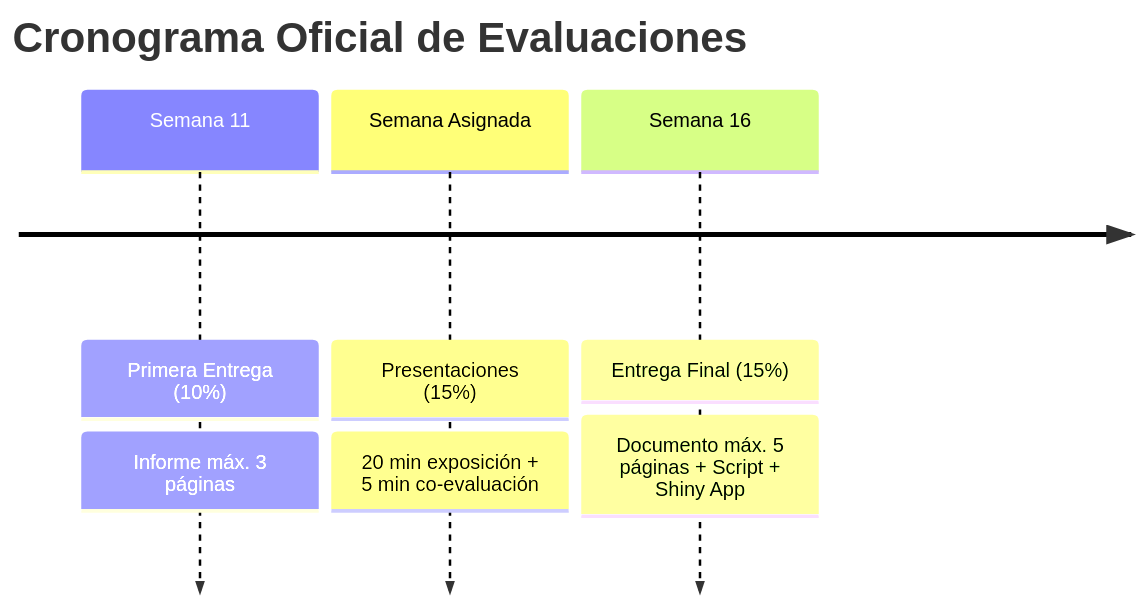
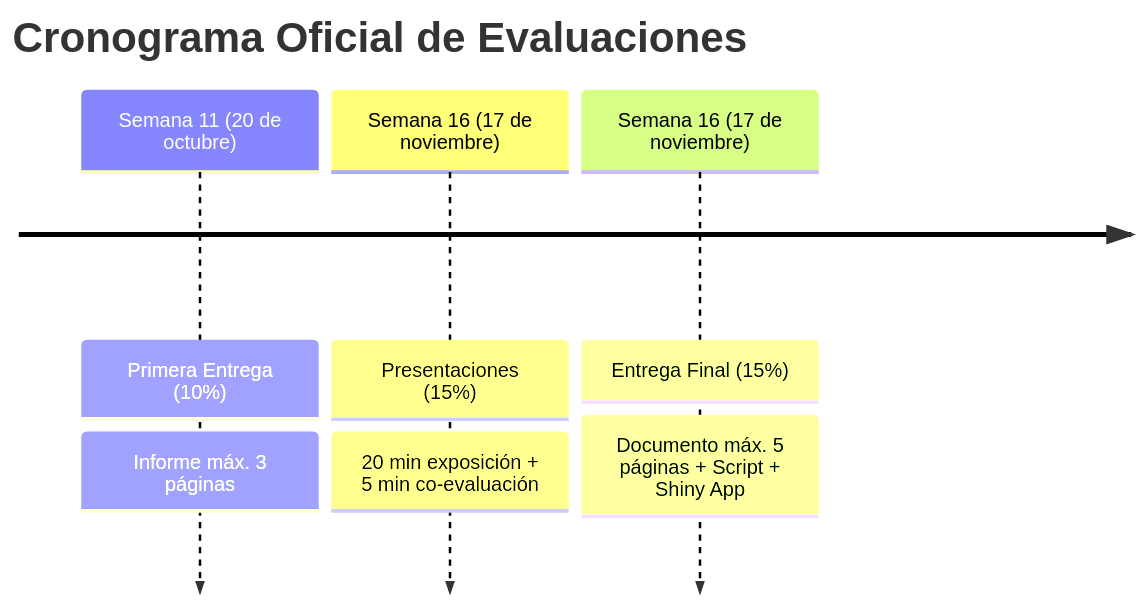
Before and after one commit to juanjo-edm/Repo_Entrega_Final_Taller_R: the diagram in docs/enunciados/README.md, drawn with Mermaid. The commit also changed other lines of this file and 7 other files, not shown here.

Commit message:
docs: fijar fechas límite exactas hasta el cierre final del 17 de noviembre de 2026

````diff
--- a/docs/enunciados/README.md
+++ b/docs/enunciados/README.md
@@ -18,7 +18,7 @@
 ```mermaid
 timeline
     title Cronograma Oficial de Evaluaciones
-    Semana 11 : Primera Entrega (10%) : Informe máx. 3 páginas
-    Semana Asignada : Presentaciones (15%) : 20 min exposición + 5 min co-evaluación
-    Semana 16 : Entrega Final (15%) : Documento máx. 5 páginas + Script + Shiny App
+    Semana 11 (20 de octubre) : Primera Entrega (10%) : Informe máx. 3 páginas
+    Semana 16 (17 de noviembre) : Presentaciones (15%) : 20 min exposición + 5 min co-evaluación
+    Semana 16 (17 de noviembre) : Entrega Final (15%) : Documento máx. 5 páginas + Script + Shiny App
 ```
````
